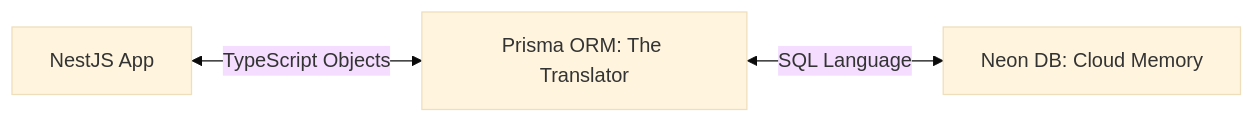
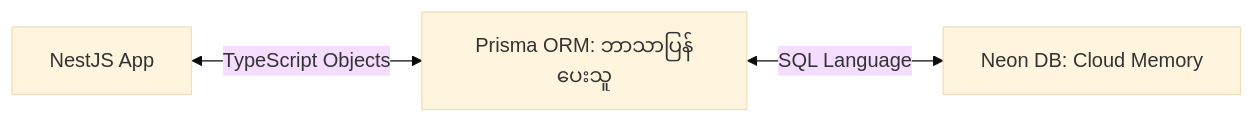
The diagram in system-docs/day-02-complete-guide.md (ayechanaungdev/full-stack-development), drawn with Mermaid (base theme) before and after one commit. The commit also changed other lines of this file and 13 other files, not shown here.

````diff
--- a/system-docs/day-02-complete-guide.md
+++ b/system-docs/day-02-complete-guide.md
@@ -8,5 +8,9 @@
 ```mermaid
 graph LR
-    NestJS[NestJS App] <-->|TypeScript Objects| Prisma[Prisma ORM: The Translator]
-    Prisma <-->|SQL Language| Neon[Neon DB: Cloud Memory]
+    NestJS["NestJS App"]
+    Prisma["Prisma ORM: ဘာသာပြန်ပေးသူ"]
+    Neon["Neon DB: Cloud Memory"]
+
+    NestJS <-->|"TypeScript Objects"| Prisma
+    Prisma <-->|"SQL Language"| Neon
 ```
````
